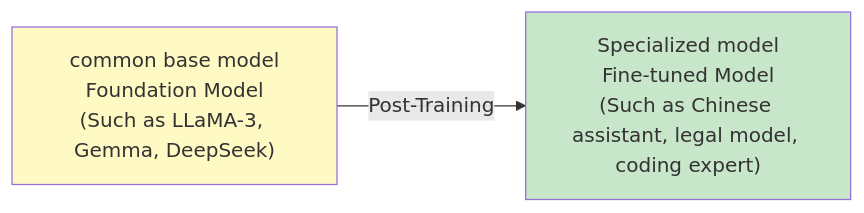
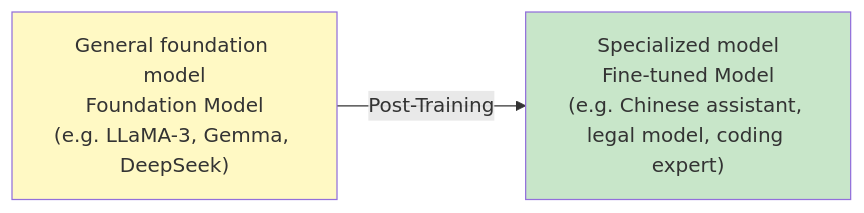
One commit to TingdeLiu/tingdeliu.github.io changed the sixth of 29 diagrams in _translations/en/research/LLM-Training-Survey.md. Above: the diagram before and after it, drawn with Mermaid. The commit also changed other lines of this file and 2 other files, not shown here.

First line of the commit message:
docs(llm-survey): polish English edition and add evolution timeline

````diff
--- a/_translations/en/research/LLM-Training-Survey.md
+++ b/_translations/en/research/LLM-Training-Survey.md
@@ -2068,8 +2086,8 @@
 ```mermaid
 flowchart LR
-    A["common base model<br/>Foundation Model<br/>(Such as LLaMA-3, Gemma, DeepSeek)"]
-    -->|Post-Training| B["Specialized model<br/>Fine-tuned Model<br/>(Such as Chinese assistant, legal model, coding expert)"]
+    A["General foundation model<br/>Foundation Model<br/>(e.g. LLaMA-3, Gemma, DeepSeek)"]
+    -->|Post-Training| B["Specialized model<br/>Fine-tuned Model<br/>(e.g. Chinese assistant, legal model, coding expert)"]
 
     style A fill:#fff9c4
     style B fill:#c8e6c9
 ```
````
